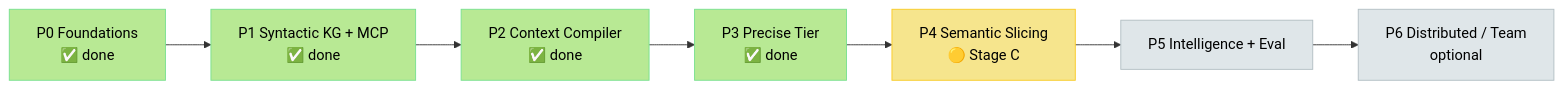
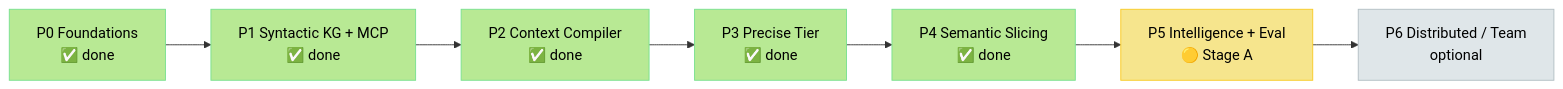
Before and after one commit to Md-Jazbee/prism: the first of 2 diagrams in docs/planning/TASKS-AND-PROGRESS.md, drawn with Mermaid. The commit also changed other lines of this file and 21 other files, not shown here.

First line of the commit message:
Complete Phase 4 Stage C and pass the semantic-slicing gate.

````diff
--- a/docs/planning/TASKS-AND-PROGRESS.md
+++ b/docs/planning/TASKS-AND-PROGRESS.md
@@ -26,17 +26,17 @@
 ```mermaid
 flowchart LR
     P0[P0 Foundations<br/>✅ done] --> P1[P1 Syntactic KG + MCP<br/>✅ done]
     P1 --> P2[P2 Context Compiler<br/>✅ done]
     P2 --> P3[P3 Precise Tier<br/>✅ done]
-    P3 --> P4[P4 Semantic Slicing<br/>🟡 Stage C]
-    P4 --> P5[P5 Intelligence + Eval]
+    P3 --> P4[P4 Semantic Slicing<br/>✅ done]
+    P4 --> P5[P5 Intelligence + Eval<br/>🟡 Stage A]
     P5 --> P6[P6 Distributed / Team<br/>optional]
 
     style P0 fill:#b8e994,stroke:#78e08f,color:#000
     style P1 fill:#b8e994,stroke:#78e08f,color:#000
     style P2 fill:#b8e994,stroke:#78e08f,color:#000
     style P3 fill:#b8e994,stroke:#78e08f,color:#000
-    style P4 fill:#f6e58d,stroke:#f9ca24,color:#000
-    style P5 fill:#dfe6e9,stroke:#b2bec3,color:#000
+    style P4 fill:#b8e994,stroke:#78e08f,color:#000
+    style P5 fill:#f6e58d,stroke:#f9ca24,color:#000
     style P6 fill:#dfe6e9,stroke:#b2bec3,color:#000
 ```
````
